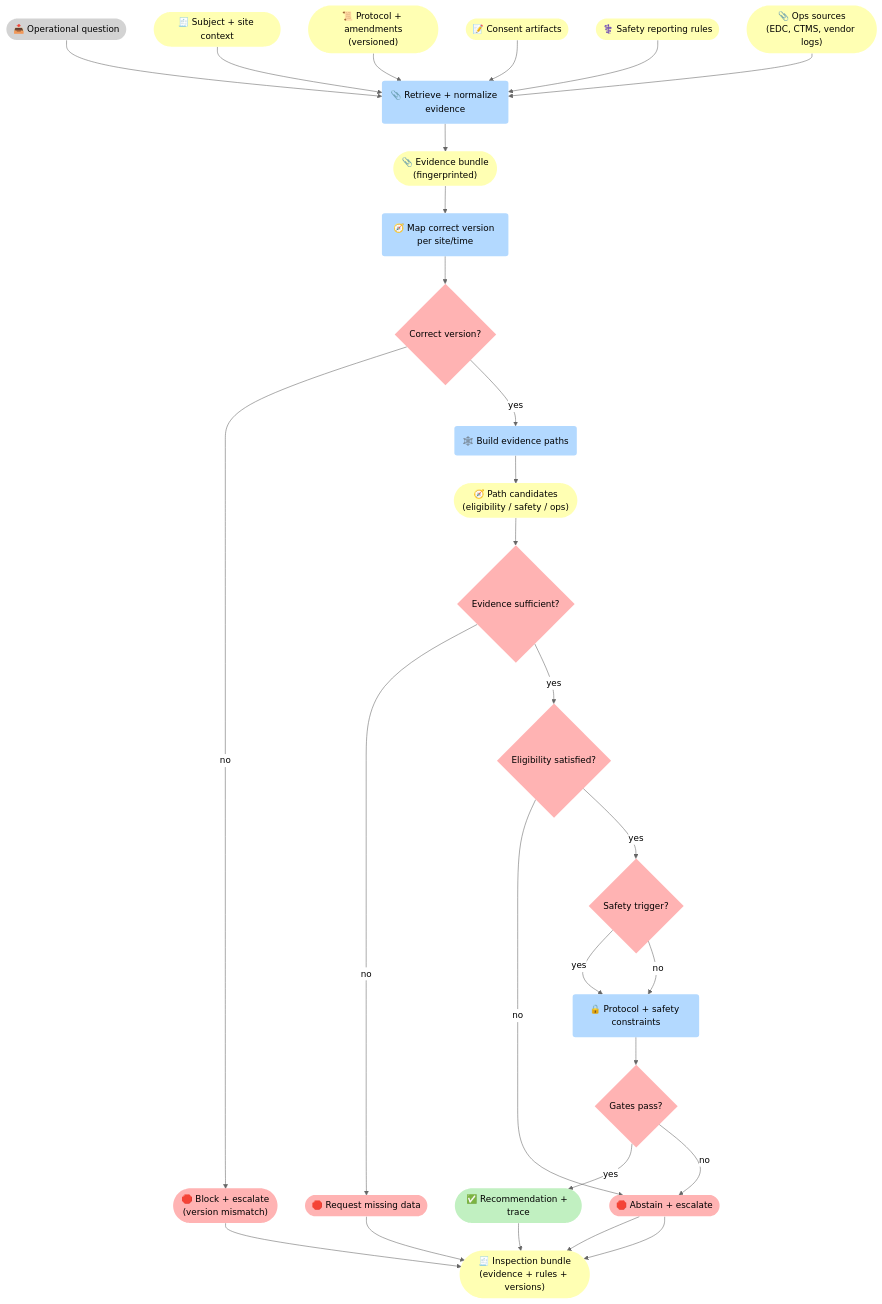
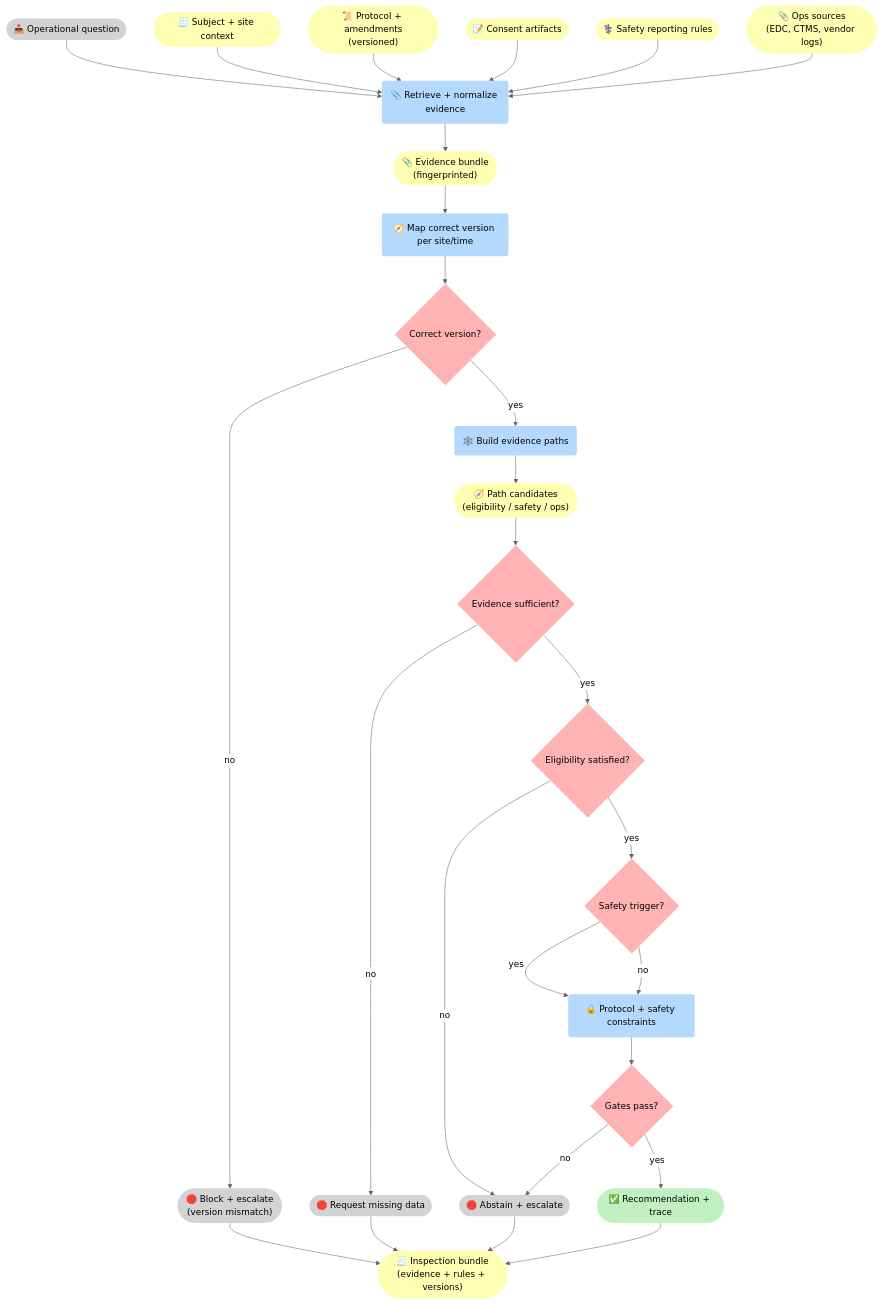
Before and after one commit to 5Reasons/5reasons.github.io: the first of 3 diagrams in docs/case-studies/pharma-clinical-ops.md, drawn with Mermaid (neutral theme). The commit also changed other lines of this file and 14 other files, not shown here.

First line of the commit message:
Refactor diagrams and improve clarity in blog posts and case studies

````diff
--- a/docs/case-studies/pharma-clinical-ops.md
+++ b/docs/case-studies/pharma-clinical-ops.md
@@ -62,67 +62,67 @@
 ```mermaid
 flowchart TB
 %% Styles (brModel Standard)
 classDef i fill:#D3D3D3,stroke-width:0px,color:#000;
 classDef p fill:#B3D9FF,stroke-width:0px,color:#000;
 classDef r fill:#FFFFB3,stroke-width:0px,color:#000;
 classDef o fill:#C1F0C1,stroke-width:0px,color:#000;
 classDef s fill:#FFB3B3,stroke-width:0px,color:#000;
 
 I_Q(["📥 Operational question"]):::i
 
 R_Sub(["🧾 Subject + site context"]):::r
 R_Prot(["📜 Protocol + amendments<br>(versioned)"]):::r
 R_Cons(["📝 Consent artifacts"]):::r
 R_Safety(["⚕️ Safety reporting rules"]):::r
 R_Ops(["📎 Ops sources<br>(EDC, CTMS, vendor logs)"]):::r
 
 P_E("📎 Retrieve + normalize evidence"):::p
 R_EB(["📎 Evidence bundle<br>(fingerprinted)"]):::r
 
 P_Map("🧭 Map correct version per site/time"):::p
 G_Ver{"Correct version?"}:::s
-S_Stop(["🛑 Block + escalate<br>(version mismatch)"]):::s
+S_Stop(["🛑 Block + escalate<br>(version mismatch)"]):::i
 
 P_Path("🕸️ Build evidence paths"):::p
 R_Path(["🧭 Path candidates<br>(eligibility / safety / ops)"]):::r
 G_Ev{"Evidence sufficient?"}:::s
-S_Req(["🛑 Request missing data"]):::s
+S_Req(["🛑 Request missing data"]):::i
 
 G_Elig{"Eligibility satisfied?"}:::s
 G_SAE{"Safety trigger?"}:::s
 
 P_G("🔒 Protocol + safety constraints"):::p
 G_OK{"Gates pass?"}:::s
 
 O_O(["✅ Recommendation + trace"]):::o
-S_X(["🛑 Abstain + escalate"]):::s
+S_X(["🛑 Abstain + escalate"]):::i
 R_Tr(["🧾 Inspection bundle<br>(evidence + rules + versions)"]):::r
 
 I_Q --> P_E
 R_Sub --> P_E
 R_Prot --> P_E
 R_Cons --> P_E
 R_Safety --> P_E
 R_Ops --> P_E
 
 P_E --> R_EB --> P_Map --> G_Ver
 G_Ver -->|"no"| S_Stop --> R_Tr
 G_Ver -->|"yes"| P_Path --> R_Path --> G_Ev
 
 G_Ev -->|"no"| S_Req --> R_Tr
 G_Ev -->|"yes"| G_Elig
 
 G_Elig -->|"no"| S_X --> R_Tr
 G_Elig -->|"yes"| G_SAE
 
 G_SAE -->|"yes"| P_G
 G_SAE -->|"no"| P_G
 
 P_G --> G_OK
 G_OK -->|"yes"| O_O --> R_Tr
-G_OK -->|"no"| S_X --> R_Tr
+G_OK -->|"no"| S_X
 
 %% Clickable nodes
 click P_G "/methodology/constraints/" "Constraints & SHACL"
 click R_Path "/methodology/causalgraphrag/" "CausalGraphRAG"
 ```
````
